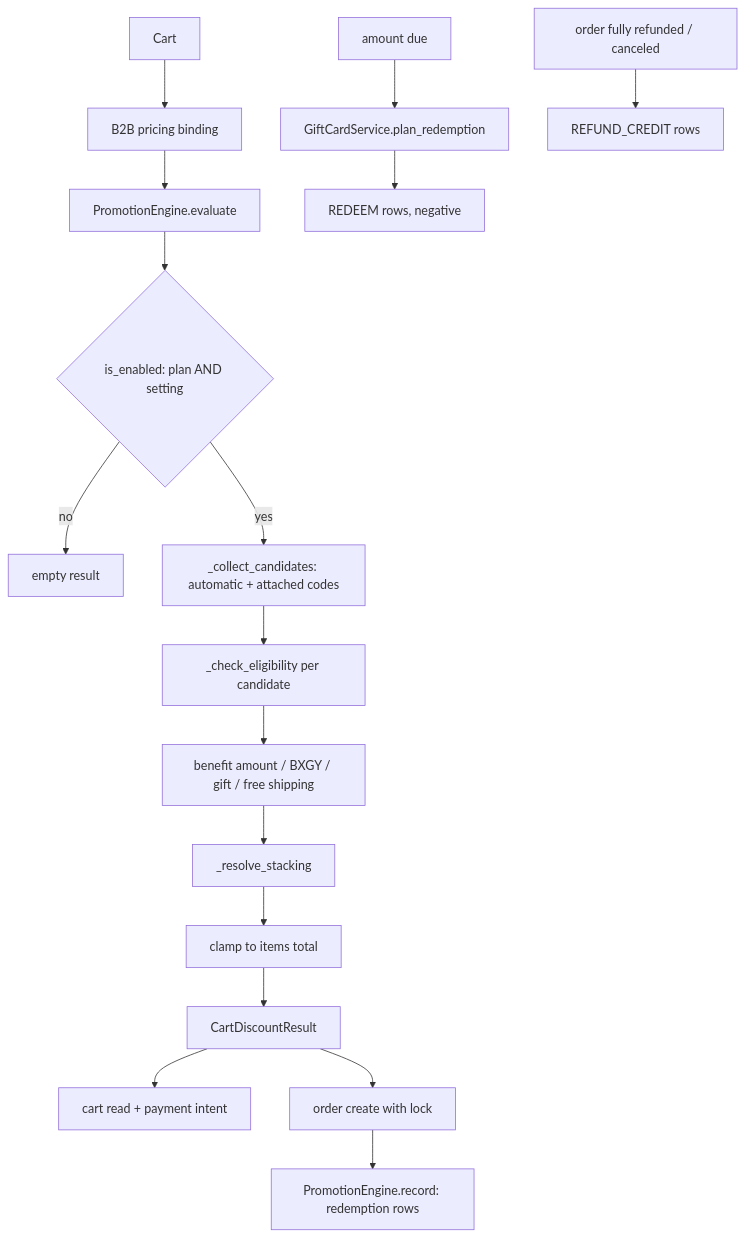
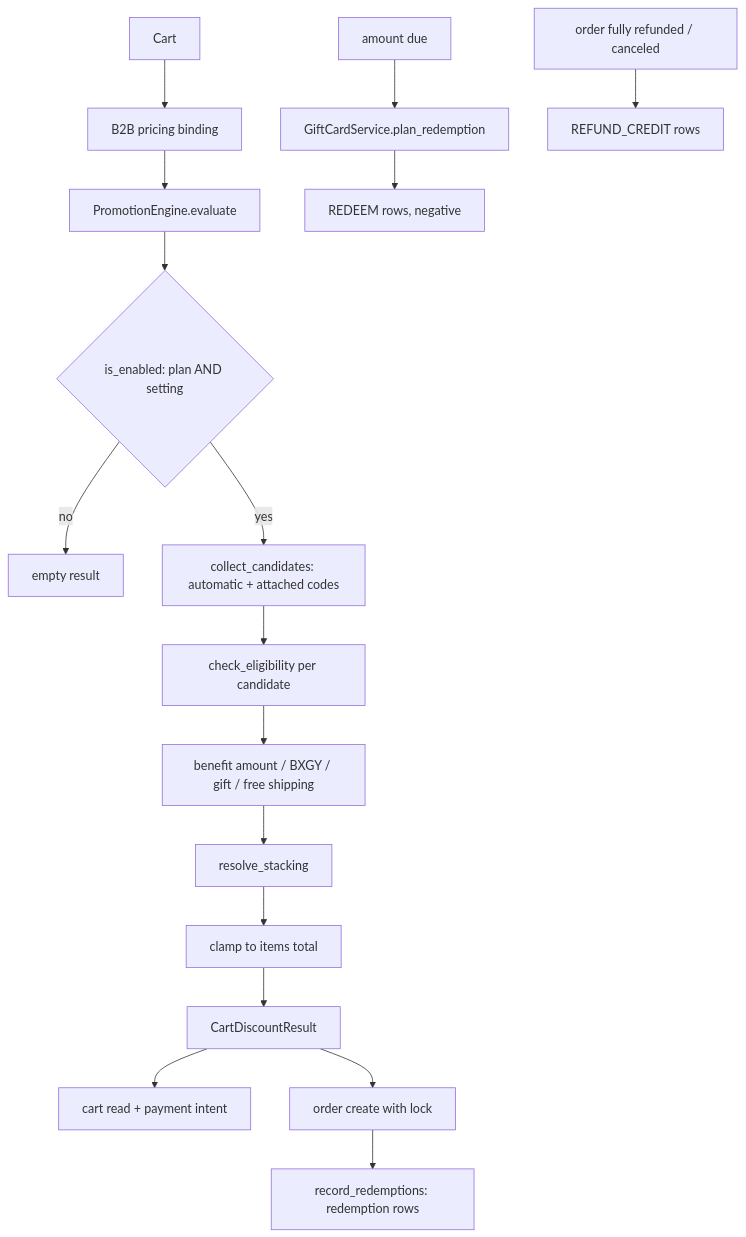
Before and after one commit to vasilistotskas/grooveshop-docs: the first of 2 diagrams in src/dev/flows/promotions-and-gift-cards.md, drawn with Mermaid. The commit also changed other lines of this file and 21 other files, not shown here.

First line of the commit message:
docs(dev): the Django API's layout and guardrails after the architecture programme (#190)

````diff
--- a/src/dev/flows/promotions-and-gift-cards.md
+++ b/src/dev/flows/promotions-and-gift-cards.md
@@ -21,21 +21,21 @@
 ```mermaid
 flowchart TD
   Cart["Cart"] --> Bind["B2B pricing binding"]
   Bind --> Eval["PromotionEngine.evaluate"]
   Eval --> Gate{"is_enabled: plan AND setting"}
   Gate -- "no" --> Empty["empty result"]
-  Gate -- "yes" --> Cand["_collect_candidates: automatic + attached codes"]
-  Cand --> Elig["_check_eligibility per candidate"]
+  Gate -- "yes" --> Cand["collect_candidates: automatic + attached codes"]
+  Cand --> Elig["check_eligibility per candidate"]
   Elig --> Amt["benefit amount / BXGY / gift / free shipping"]
-  Amt --> Stack["_resolve_stacking"]
+  Amt --> Stack["resolve_stacking"]
   Stack --> Clamp["clamp to items total"]
   Clamp --> Result["CartDiscountResult"]
 
   Result --> Preview["cart read + payment intent"]
   Result --> Create["order create with lock"]
-  Create --> Rec["PromotionEngine.record: redemption rows"]
+  Create --> Rec["record_redemptions: redemption rows"]
 
   Due["amount due"] --> Plan["GiftCardService.plan_redemption"]
   Plan --> Ledger["REDEEM rows, negative"]
   Refund["order fully refunded / canceled"] --> Credit["REFUND_CREDIT rows"]
 ```
````
